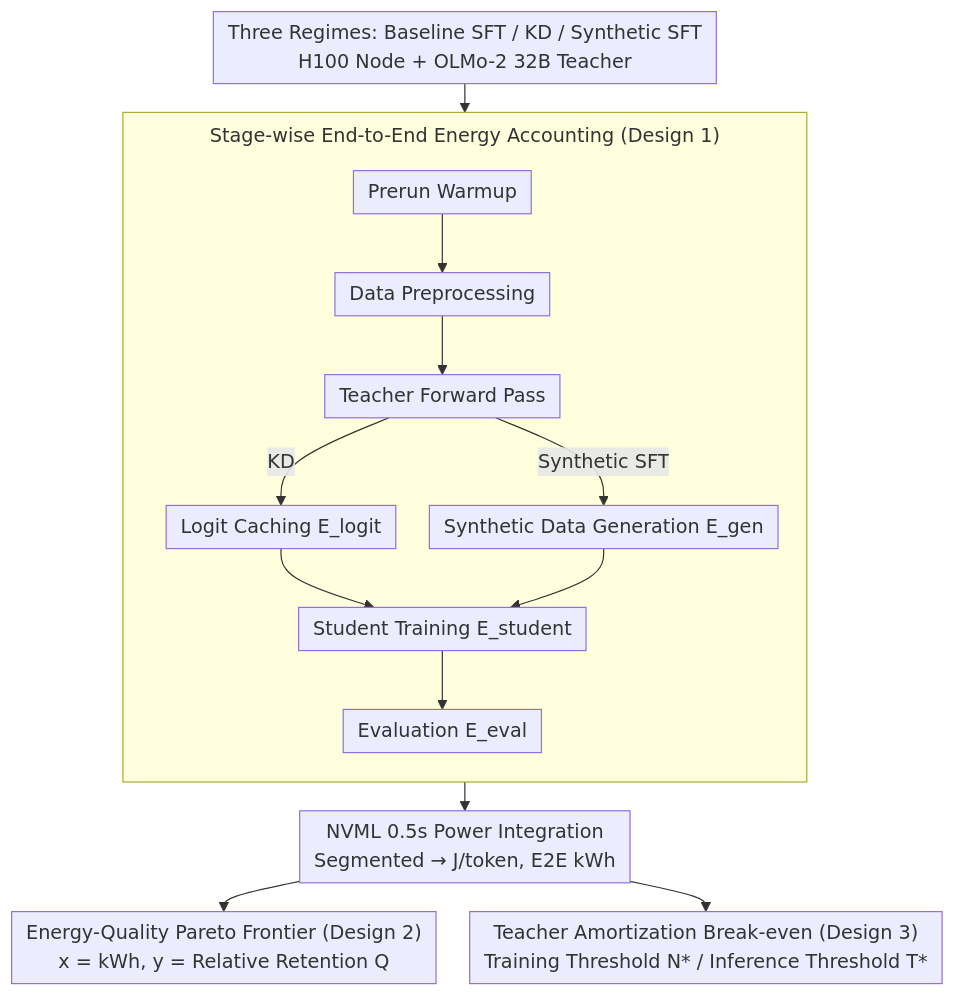
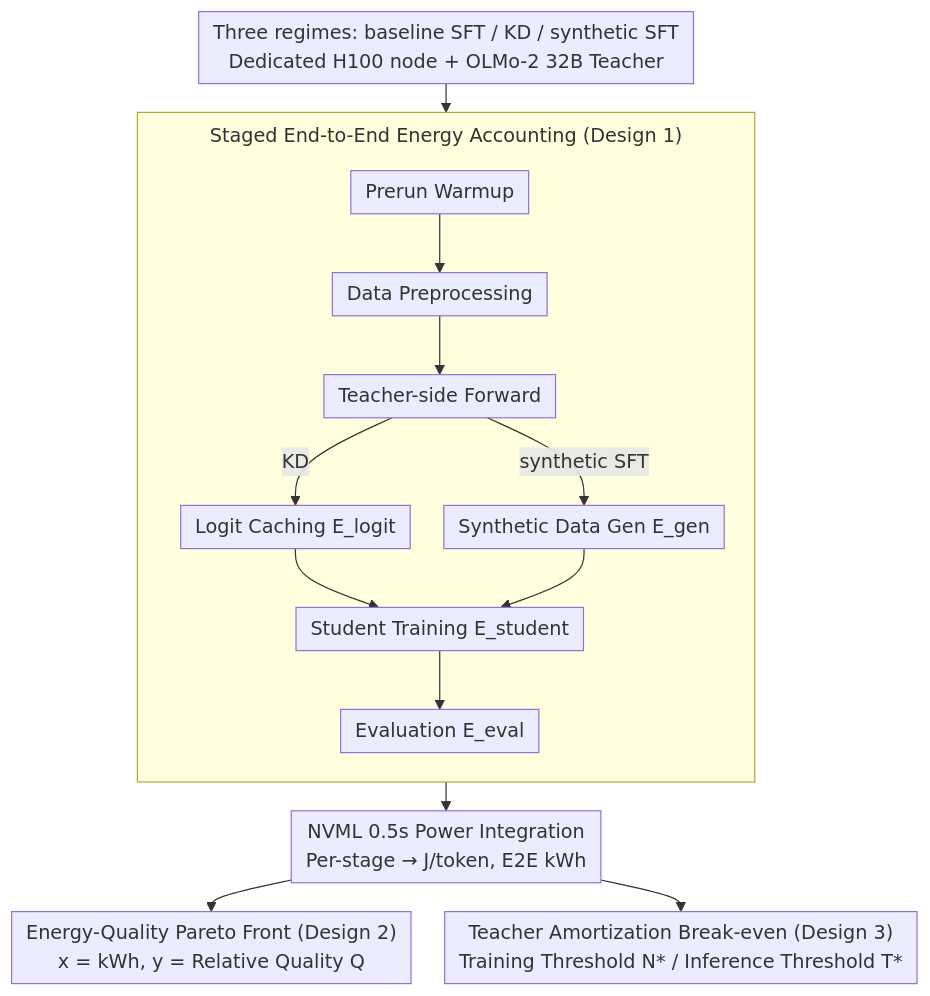
Before and after one commit to zhaoyang97/Paper-Notes-en: the diagram in docs/ICML2026/model_compression/towards_resource-efficient_llms_end-to-end_energy_accounting_of_distillation_pip.md, drawn with Mermaid. The commit also changed other lines of this file and 5084 other files, not shown here.

````diff
--- a/docs/ICML2026/model_compression/towards_resource-efficient_llms_end-to-end_energy_accounting_of_distillation_pip.md
+++ b/docs/ICML2026/model_compression/towards_resource-efficient_llms_end-to-end_energy_accounting_of_distillation_pip.md
@@ -42,19 +42,19 @@
 ```mermaid
 %%{init: {'flowchart': {'rankSpacing': 24, 'nodeSpacing': 28, 'padding': 6, 'wrappingWidth': 400, 'subGraphTitleMargin': {'top': 8, 'bottom': 16}}}}%%
 flowchart TD
-    A["Three Regimes: Baseline SFT / KD / Synthetic SFT<br/>H100 Node + OLMo-2 32B Teacher"]
-    subgraph ACC["Stage-wise End-to-End Energy Accounting (Design 1)"]
+    A["Three regimes: baseline SFT / KD / synthetic SFT<br/>Dedicated H100 node + OLMo-2 32B Teacher"]
+    subgraph ACC["Staged End-to-End Energy Accounting (Design 1)"]
         direction TB
         B["Prerun Warmup"] --> C["Data Preprocessing"]
-        C --> D["Teacher Forward Pass"]
+        C --> D["Teacher-side Forward"]
         D -->|KD| E1["Logit Caching E_logit"]
-        D -->|Synthetic SFT| E2["Synthetic Data Generation E_gen"]
+        D -->|synthetic SFT| E2["Synthetic Data Gen E_gen"]
         E1 --> F["Student Training E_student"]
         E2 --> F
         F --> G["Evaluation E_eval"]
     end
     A --> ACC
-    ACC --> H["NVML 0.5s Power Integration<br/>Segmented → J/token, E2E kWh"]
-    H --> I["Energy-Quality Pareto Frontier (Design 2)<br/>x = kWh, y = Relative Retention Q"]
+    ACC --> H["NVML 0.5s Power Integration<br/>Per-stage → J/token, E2E kWh"]
+    H --> I["Energy-Quality Pareto Front (Design 2)<br/>x = kWh, y = Relative Quality Q"]
     H --> J["Teacher Amortization Break-even (Design 3)<br/>Training Threshold N* / Inference Threshold T*"]
 ```
````
